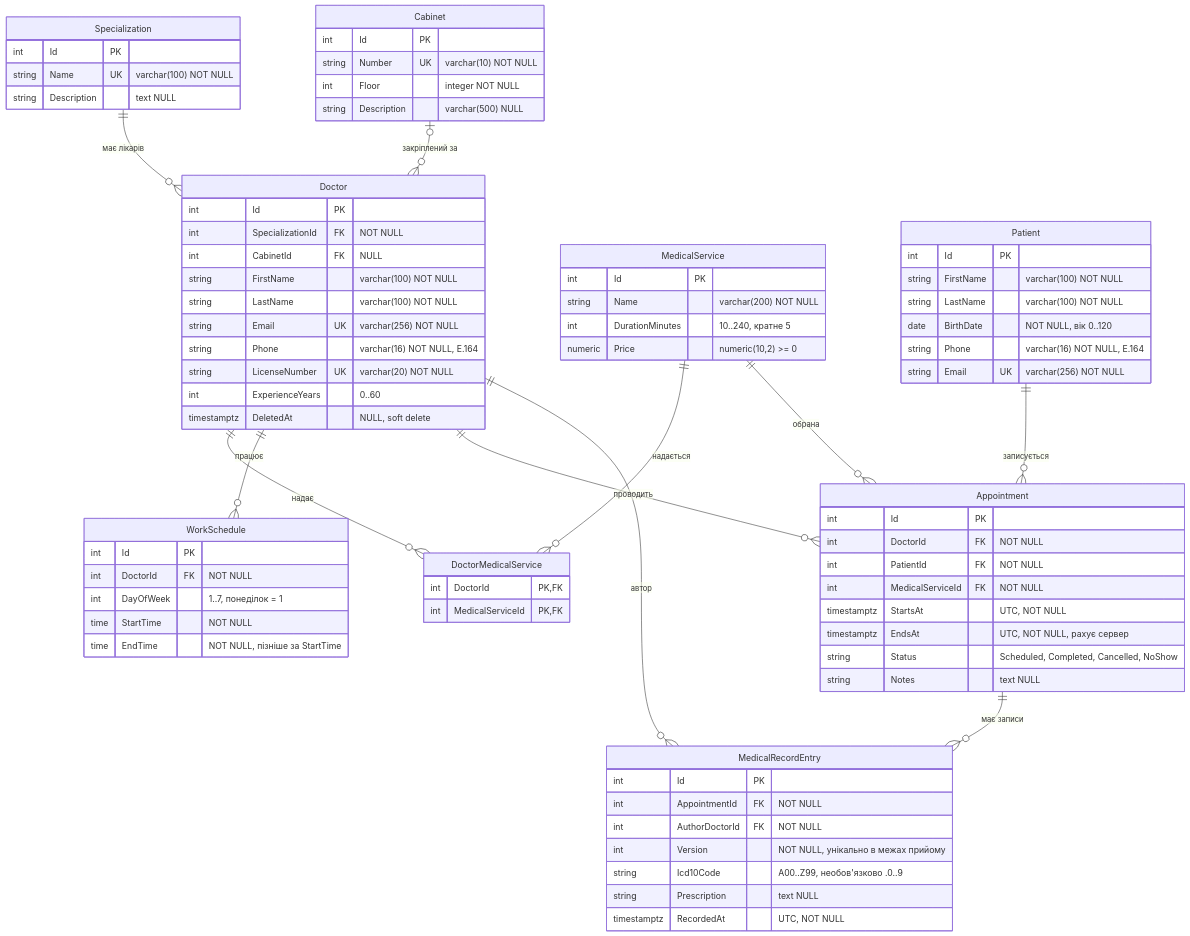
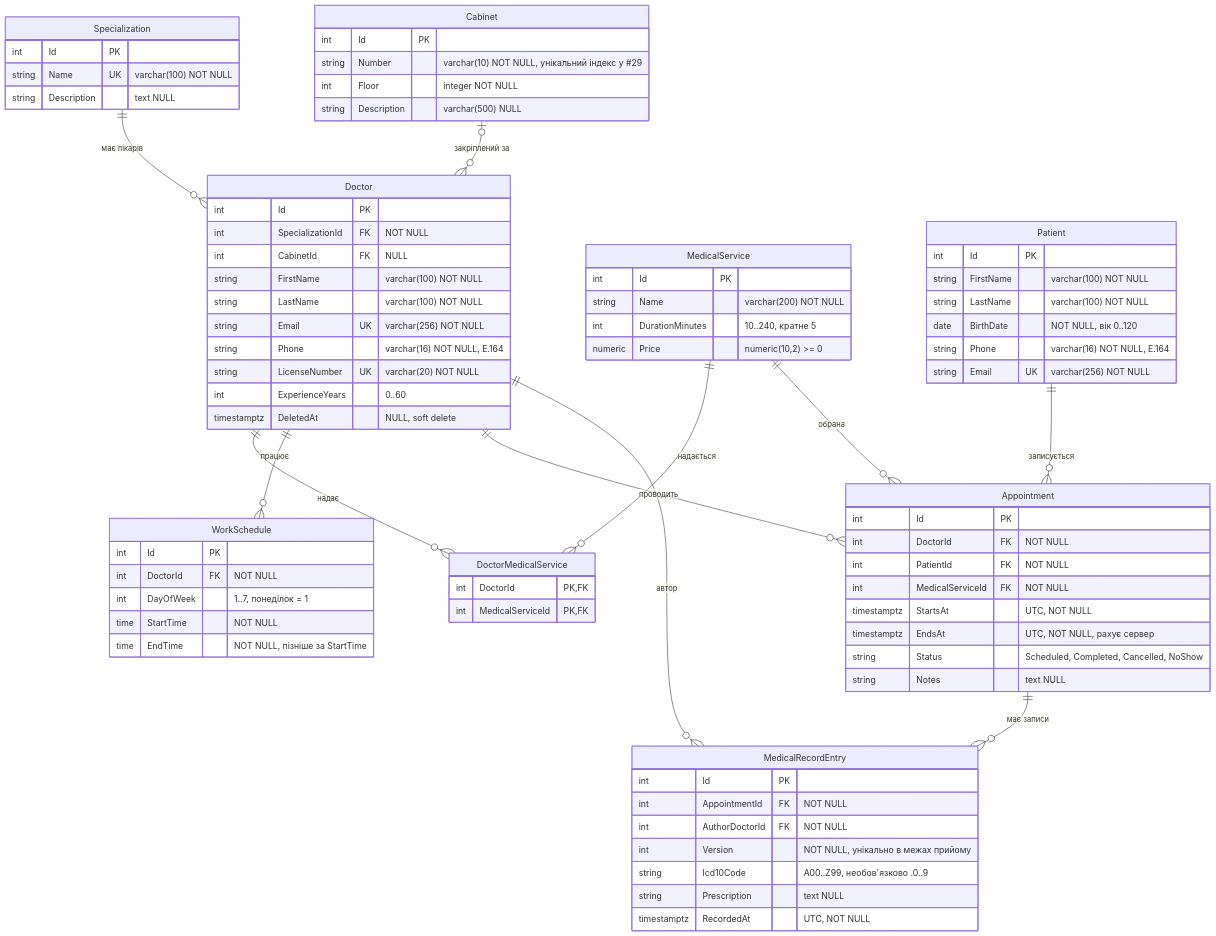
Before and after one commit to PNU-Server-Web-2026/team-04-clinic: the diagram in docs/erd.md, drawn with Mermaid. The commit also changed other lines of this file and 4 other files, not shown here.

```diff
--- a/docs/erd.md
+++ b/docs/erd.md
@@ -42,7 +42,7 @@
 
     Cabinet {
         int Id PK
-        string Number UK "varchar(10) NOT NULL"
+        string Number "varchar(10) NOT NULL, унікальний індекс у #29"
         int Floor "integer NOT NULL"
         string Description "varchar(500) NULL"
     }
```
